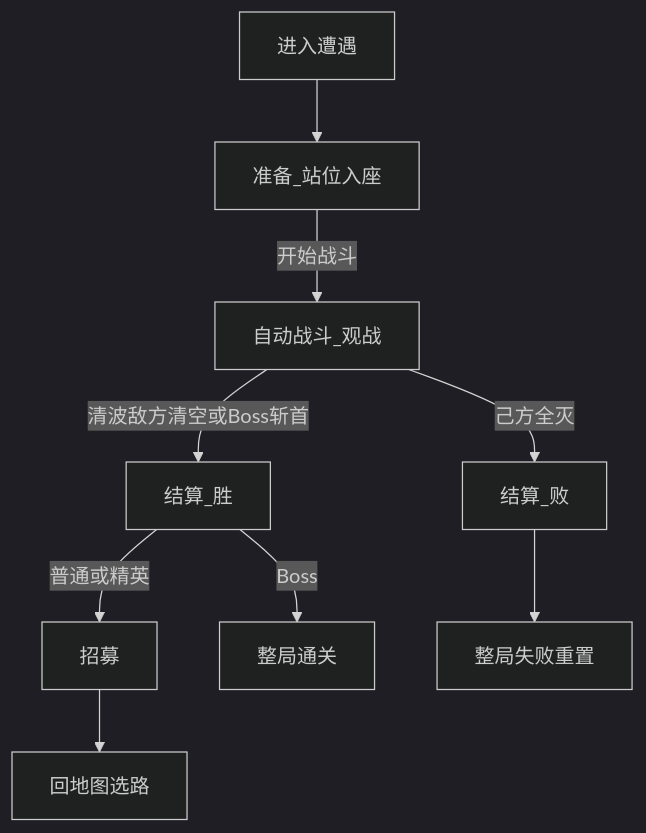
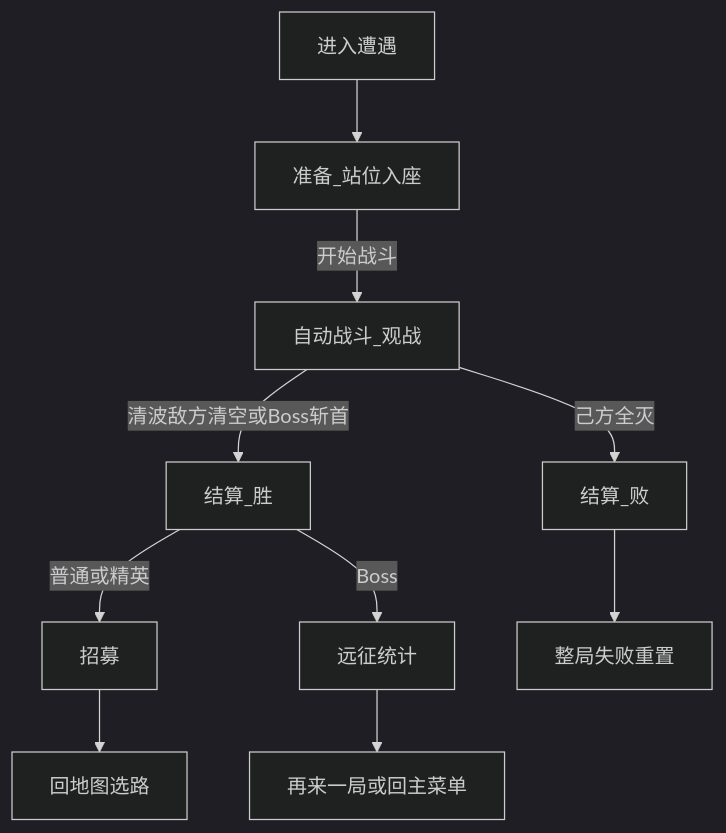
Before and after one commit to Kanerickyz/project-autochess: the diagram in Documents/Features/COMBAT.md, drawn with Mermaid (dark theme). The commit also changed other lines of this file and 13 other files, not shown here.

First line of the commit message:
feat(run): Boss 通关后先展示远征统计再选回主菜单

````diff
--- a/Documents/Features/COMBAT.md
+++ b/Documents/Features/COMBAT.md
@@ -92,10 +92,10 @@
 ```mermaid
 flowchart TD
   Enter[进入遭遇] --> Prep[准备_站位入座]
   Prep -->|开始战斗| Combat[自动战斗_观战]
   Combat -->|清波敌方清空或Boss斩首| WinResolve[结算_胜]
   Combat -->|己方全灭| LoseResolve[结算_败]
   WinResolve -->|普通或精英| Recruit[招募] --> BackMap[回地图选路]
-  WinResolve -->|Boss| RunWin[整局通关]
+  WinResolve -->|Boss| RunStats[远征统计] --> RunWin[再来一局或回主菜单]
   LoseResolve --> RunLose[整局失败重置]
 ```
````
